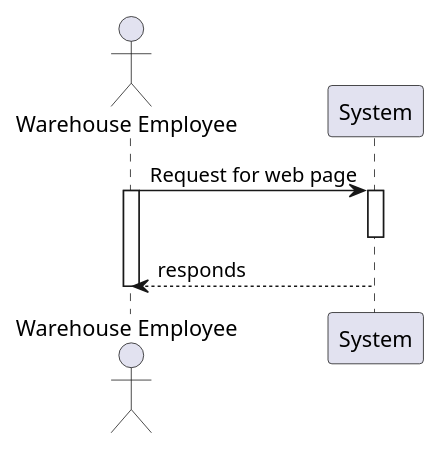
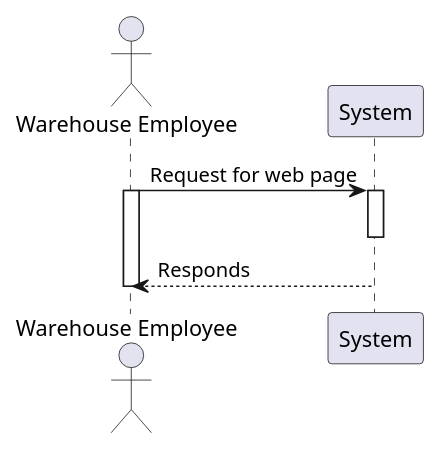
One commit to 0franciscor/lei21_22_s4_2de_01 changed the diagram in docs/1200720/US2005/SSD_US2005.puml. Above: the diagram before and after it, drawn with PlantUML. The commit also changed 3 other files, not shown here.

Commit message:
#21 - Adding the sequence diagram to the documentation.

```diff
--- a/docs/1200720/US2005/SSD_US2005.puml
+++ b/docs/1200720/US2005/SSD_US2005.puml
@@ -1,15 +1,15 @@
 @startuml
 'https://plantuml.com/sequence-diagram
 
 actor "Warehouse Employee" as EMPLOYEE
 participant System as SYSTEM
 
 EMPLOYEE -> SYSTEM : Request for web page
 activate EMPLOYEE
 activate SYSTEM
 deactivate SYSTEM
 
-SYSTEM --> EMPLOYEE : responds
+SYSTEM --> EMPLOYEE : Responds
 deactivate EMPLOYEE
 
 @enduml
```
